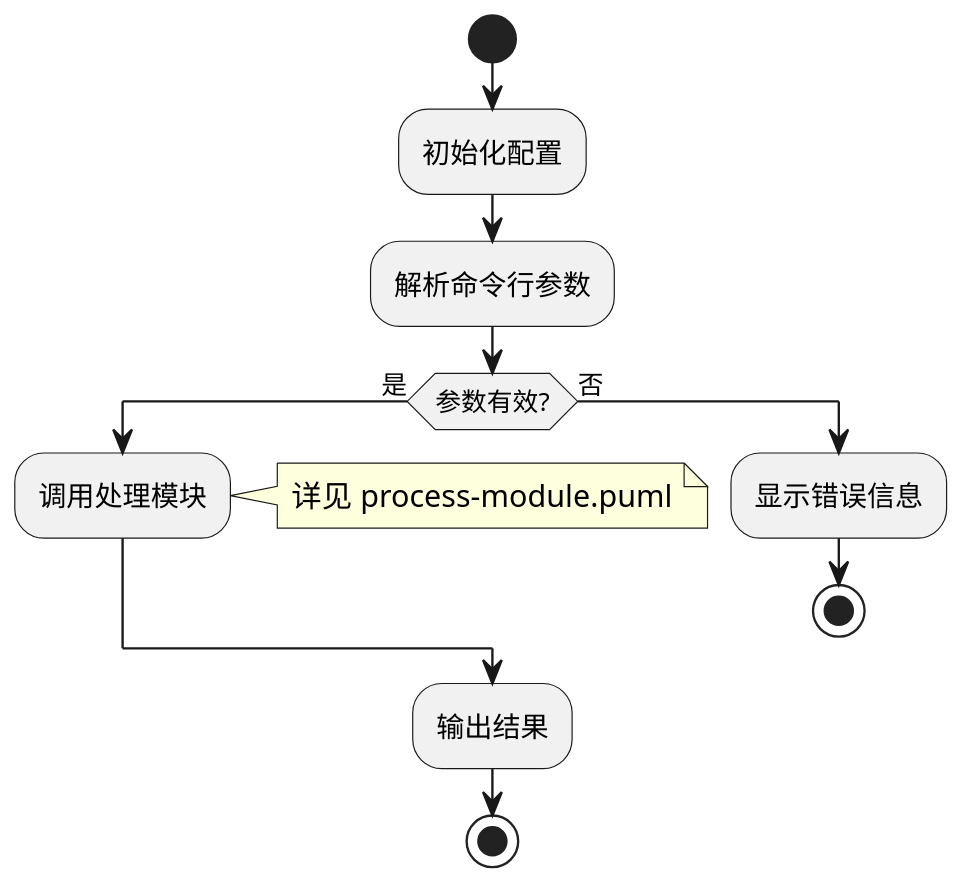
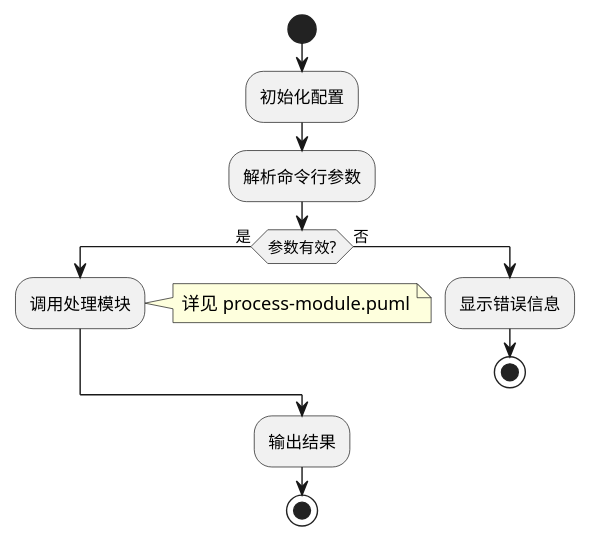
One commit to sayurinana/agent-aide changed the diagram in aide-marketplace/aide-plugin/commands/run.md. Above: the diagram before and after it, drawn with PlantUML. The commit also changed 32 other files, not shown here.

````diff
--- a/aide-marketplace/aide-plugin/commands/run.md
+++ b/aide-marketplace/aide-plugin/commands/run.md
@@ -288,23 +288,23 @@
 ```plantuml
 @startuml
 skinparam defaultFontName "Arial"
 skinparam dpi 300
-scale 0.5
+scale 0.3
 
 ' 主程序流程图
 start
 :初始化配置;
 :解析命令行参数;
 
 if (参数有效?) then (是)
   :调用处理模块;
   note right: 详见 process-module.puml
 else (否)
   :显示错误信息;
   stop
 endif
 
 :输出结果;
 stop
 @enduml
 ```
````
